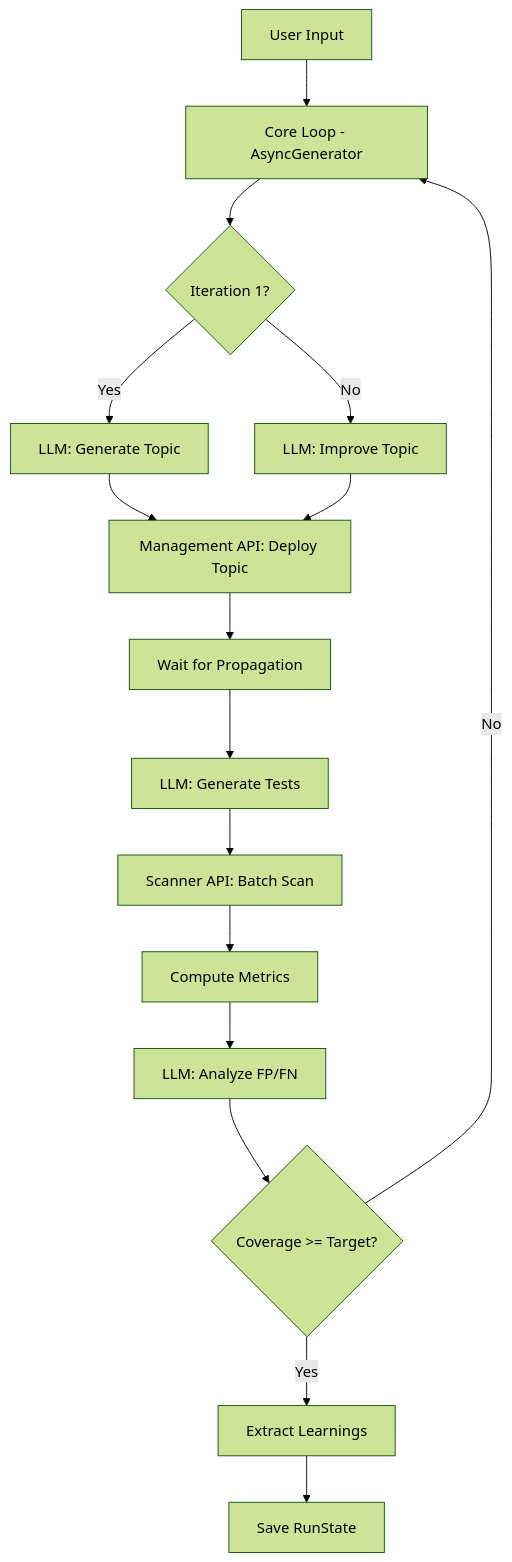
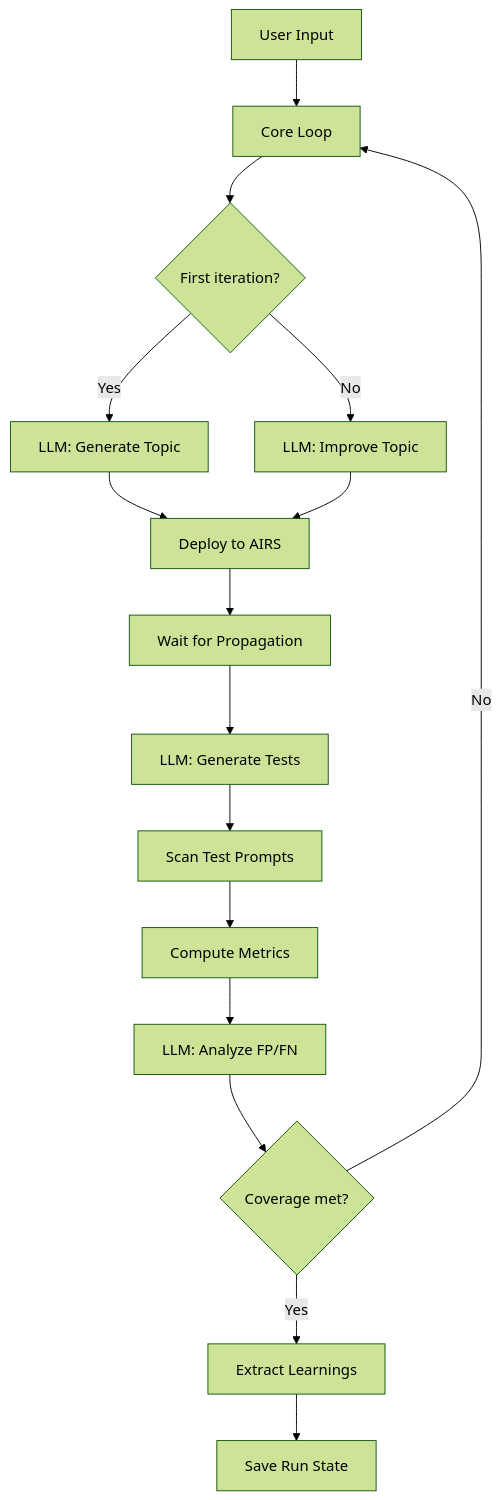
One commit to cdot65/daystrom changed the diagram in docs/architecture/overview.md. Above: the diagram before and after it, drawn with Mermaid (forest theme). The commit also changed other lines of this file and 26 other files, not shown here.

````diff
--- a/docs/architecture/overview.md
+++ b/docs/architecture/overview.md
@@ -23,18 +23,18 @@
 ```mermaid
 graph TD
-    A[User Input] --> B[Core Loop - AsyncGenerator]
-    B --> C{Iteration 1?}
+    A[User Input] --> B[Core Loop]
+    B --> C{First iteration?}
     C -->|Yes| D[LLM: Generate Topic]
     C -->|No| E[LLM: Improve Topic]
-    D --> F[Management API: Deploy Topic]
+    D --> F[Deploy to AIRS]
     E --> F
     F --> G[Wait for Propagation]
     G --> H[LLM: Generate Tests]
-    H --> I[Scanner API: Batch Scan]
+    H --> I[Scan Test Prompts]
     I --> J[Compute Metrics]
     J --> K[LLM: Analyze FP/FN]
-    K --> L{Coverage >= Target?}
+    K --> L{Coverage met?}
     L -->|No| B
     L -->|Yes| M[Extract Learnings]
-    M --> N[Save RunState]
+    M --> N[Save Run State]
 ```
````
